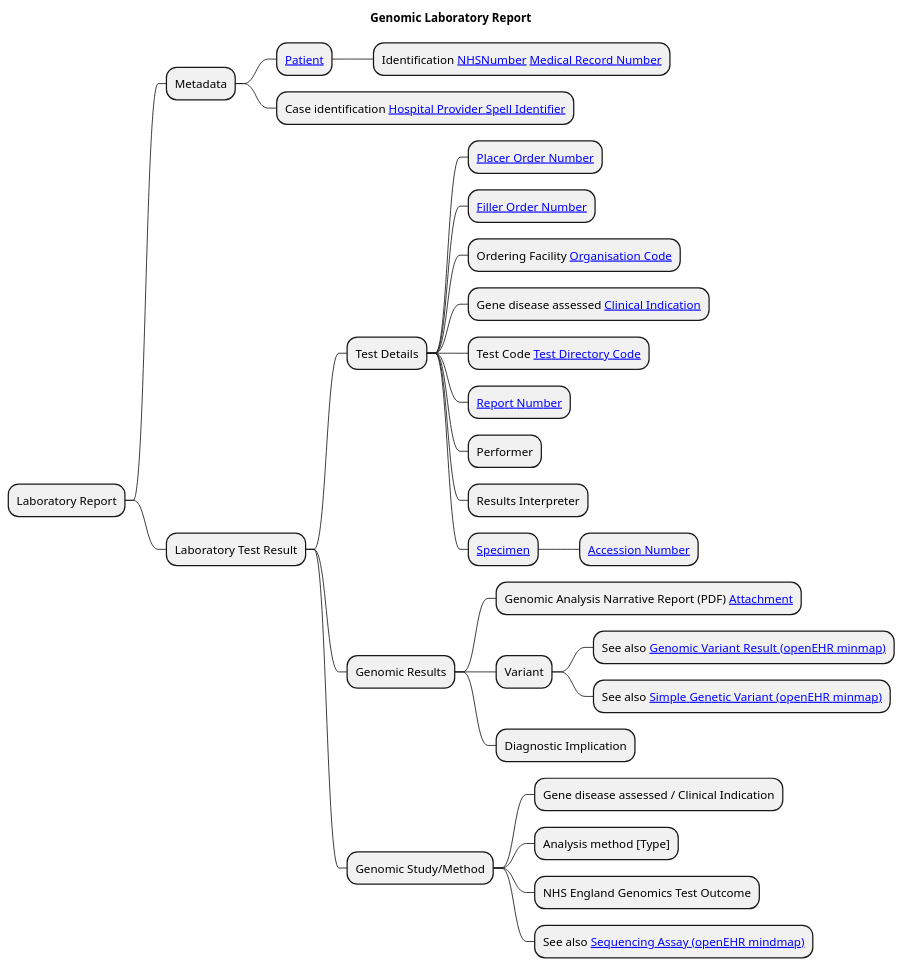
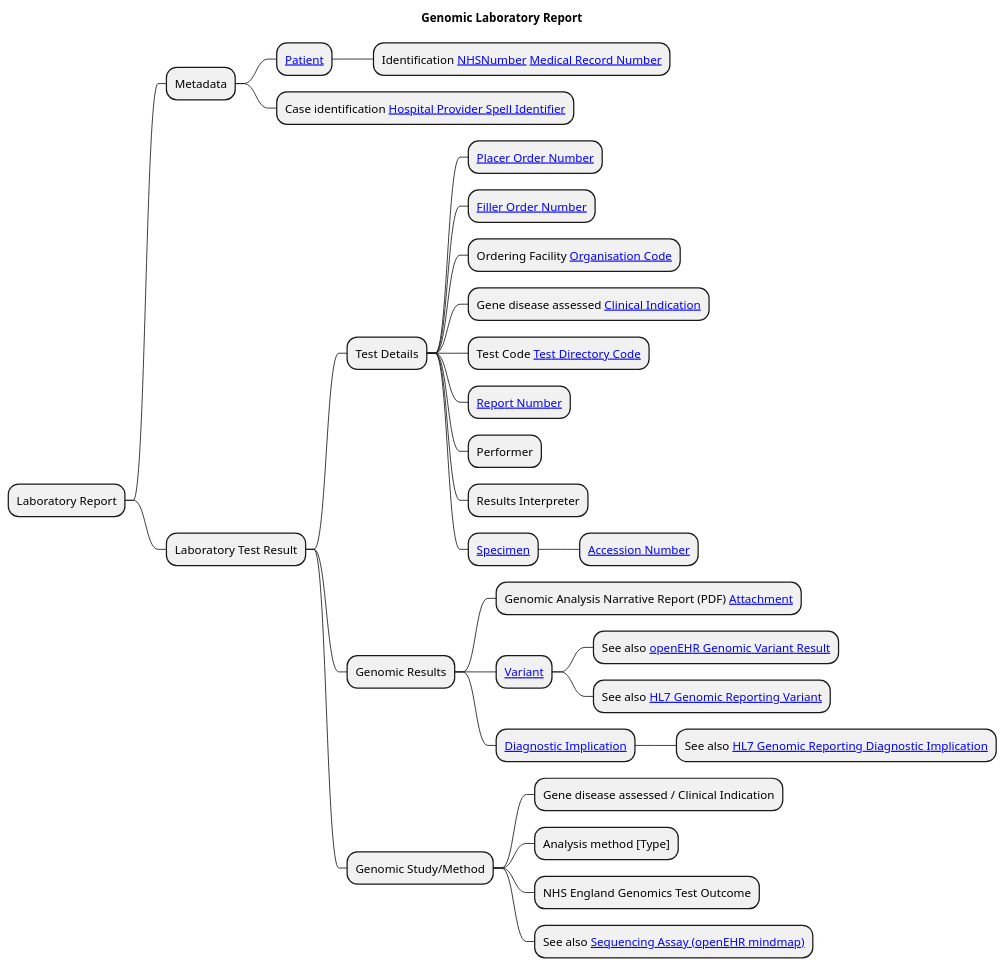
Before and after one commit to uk-gov-mirror/nw-gmsa.nw-gmsa.github.com: the diagram in input/images-source/LaboratoryReport-mindmap.plantuml, drawn with PlantUML.

Commit message:
Diagnostic Implication

```diff
--- a/input/images-source/LaboratoryReport-mindmap.plantuml
+++ b/input/images-source/LaboratoryReport-mindmap.plantuml
@@ -1,34 +1,35 @@
 @startmindmap
 
 title "Genomic Laboratory Report"
 
 * Laboratory Report
 ** Metadata
 *** [[StructureDefinition-Patient.html Patient]]
 **** Identification [[StructureDefinition-NHSNumber.html NHSNumber]] [[StructureDefinition-MedicalRecordNumber.html Medical Record Number]]
 *** Case identification [[StructureDefinition-HospitalProviderSpellIdentifier.html Hospital Provider Spell Identifier]]
 ** Laboratory Test Result
 *** Test Details
 **** [[StructureDefinition-PlacerOrderNumber.html Placer Order Number]]
 **** [[StructureDefinition-FillerOrderNumber.html Filler Order Number]]
 **** Ordering Facility [[StructureDefinition-OrganisationCode.html Organisation Code]]
 **** Gene disease assessed [[CodeSystem-GenomicClinicalIndication.html Clinical Indication]]
 **** Test Code [[CodeSystem-GenomicTestCode.html Test Directory Code]]
 **** [[StructureDefinition-ReportNumber.html Report Number]]
 **** Performer
 **** Results Interpreter
 **** [[StructureDefinition-Specimen.html Specimen]]
 ***** [[StructureDefinition-AccessionNumber.html Accession Number]]
 *** Genomic Results
 **** Genomic Analysis Narrative Report (PDF) [[StructureDefinition-NWAttachment.html Attachment]]
-**** Variant
-***** See also [[https://ckm.openehr.org/ckm/archetypes/1013.1.3759/mindmap Genomic Variant Result (openEHR minmap)]]
-***** See also [[https://ckm.openehr.org/ckm/archetypes/1013.1.4858/mindmap Simple Genetic Variant (openEHR minmap)]]
-**** Diagnostic Implication
+**** [[StructureDefinition-Observation-Variant.html Variant]]
+***** See also [[https://ckm.openehr.org/ckm/archetypes/1013.1.3759/mindmap openEHR Genomic Variant Result]]
+***** See also [[https://build.fhir.org/ig/HL7/genomics-reporting/StructureDefinition-variant.html HL7 Genomic Reporting Variant]]
+**** [[StructureDefinition-Observation-DiagnosticImplication.html Diagnostic Implication]]
+***** See also [[https://build.fhir.org/ig/HL7/genomics-reporting/StructureDefinition-diagnostic-implication.html HL7 Genomic Reporting Diagnostic Implication]]
 *** Genomic Study/Method
 **** Gene disease assessed / Clinical Indication
 **** Analysis method [Type]
 **** NHS England Genomics Test Outcome
 **** See also [[https://ckm.openehr.org/ckm/archetypes/1013.1.4256/mindmap Sequencing Assay (openEHR mindmap)]]
 
 @endmindmap
```
